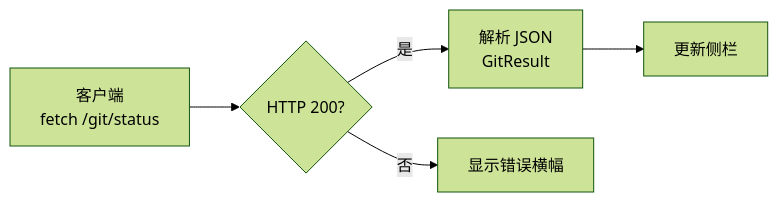
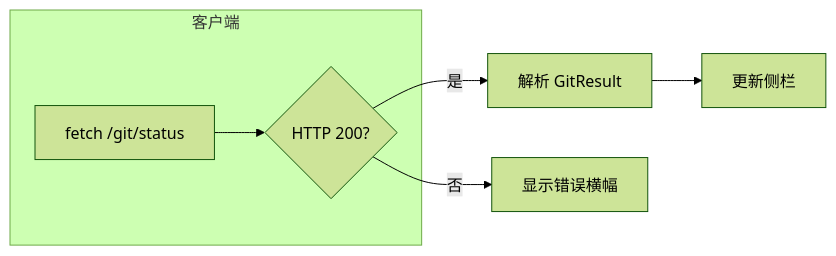
The second of 15 diagrams in tests/mermaid-test.md (loadingvx/deepseek-harness-workbench-plugin), drawn with Mermaid (forest theme) before and after one commit. The commit also changed other lines of this file and 21 other files, not shown here.

````diff
--- a/tests/mermaid-test.md
+++ b/tests/mermaid-test.md
@@ -27,7 +35,9 @@
 ```mermaid
 flowchart LR
-    A["客户端 <br/> fetch /git/status"] --> B{HTTP 200?}
-    B -->|是| C["解析 JSON<br/>GitResult"]
+    subgraph 客户端
+        A["fetch /git/status"] --> B{HTTP 200?}
+    end
+    B -->|是| C["解析 GitResult"]
     B -->|否| D["显示错误横幅"]
     C --> E["更新侧栏"]
 ```
````
